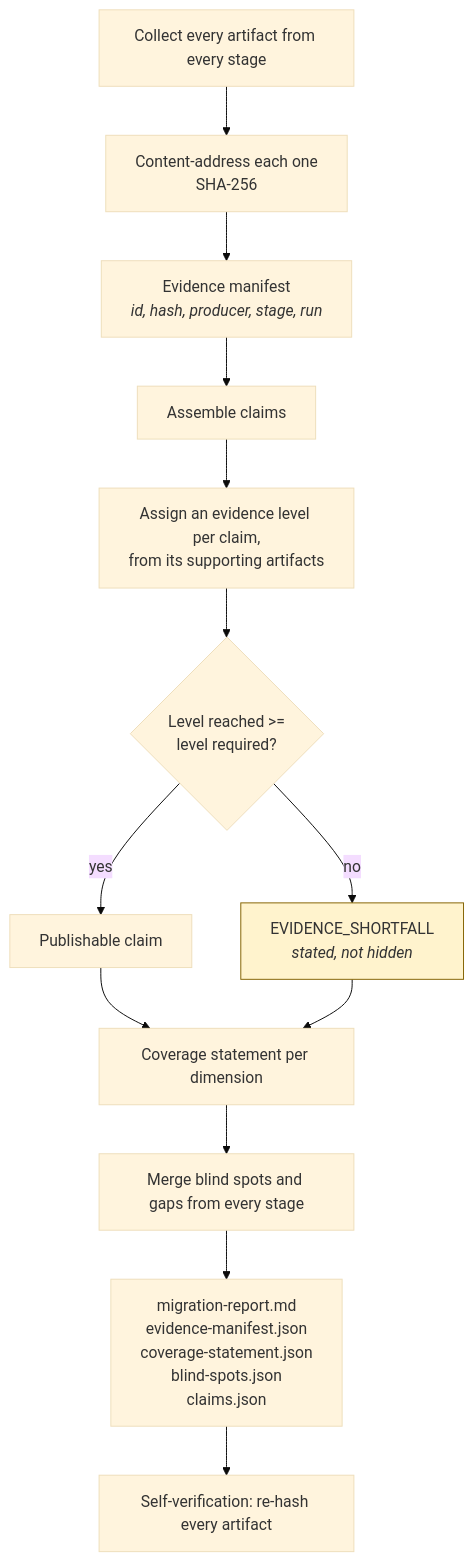
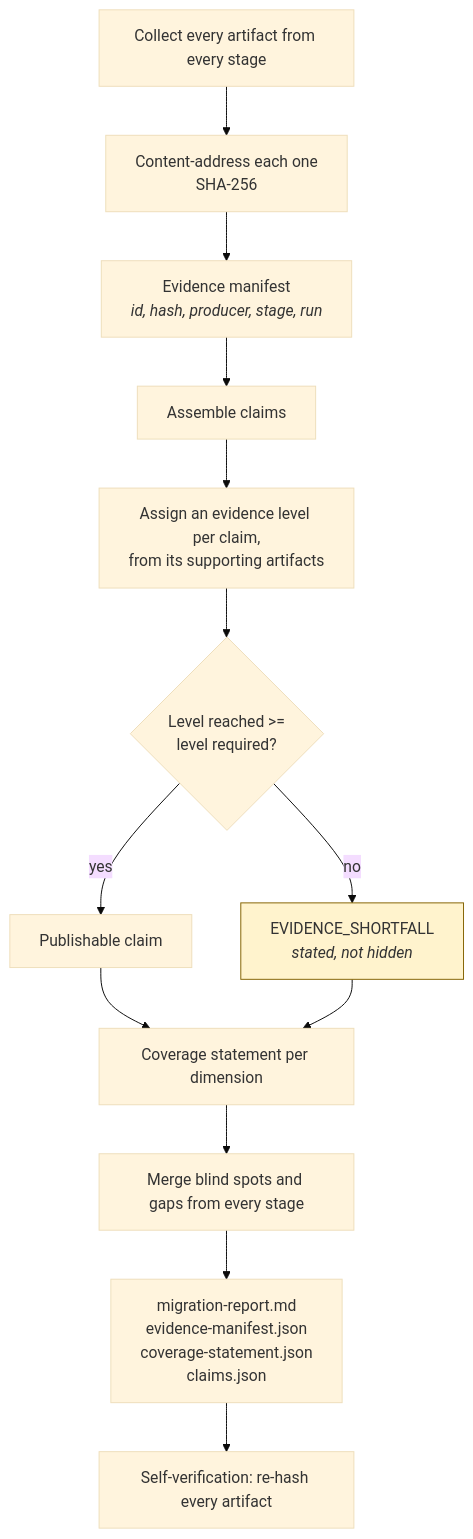
Diagram 33 of 40 in README.md (KrishnaAnnavaram/bootshift), drawn with Mermaid (base theme) before and after one commit. The commit also changed other lines of this file and 1 other file, not shown here.

````diff
--- a/README.md
+++ b/README.md
@@ -2903,17 +3043,17 @@
 ```mermaid
 flowchart TD
     COLLECT["Collect every artifact from every stage"] --> HASH["Content-address each one<br/>SHA-256"]
     HASH --> MAN["Evidence manifest<br/><i>id, hash, producer, stage, run</i>"]
     MAN --> CLAIMS["Assemble claims"]
     CLAIMS --> LEVEL["Assign an evidence level per claim,<br/>from its supporting artifacts"]
     LEVEL --> REQ{"Level reached >=<br/>level required?"}
     REQ -->|yes| PUB["Publishable claim"]
     REQ -->|no| SHORT["EVIDENCE_SHORTFALL<br/><i>stated, not hidden</i>"]
     PUB --> COV["Coverage statement per dimension"]
     SHORT --> COV
     COV --> BS["Merge blind spots and gaps from every stage"]
-    BS --> REP["migration-report.md<br/>evidence-manifest.json<br/>coverage-statement.json<br/>blind-spots.json<br/>claims.json"]
+    BS --> REP["migration-report.md<br/>evidence-manifest.json<br/>coverage-statement.json<br/>claims.json"]
     REP --> VER["Self-verification: re-hash every artifact"]
 
     style SHORT fill:#fff3cd,stroke:#856404
 ```
````
